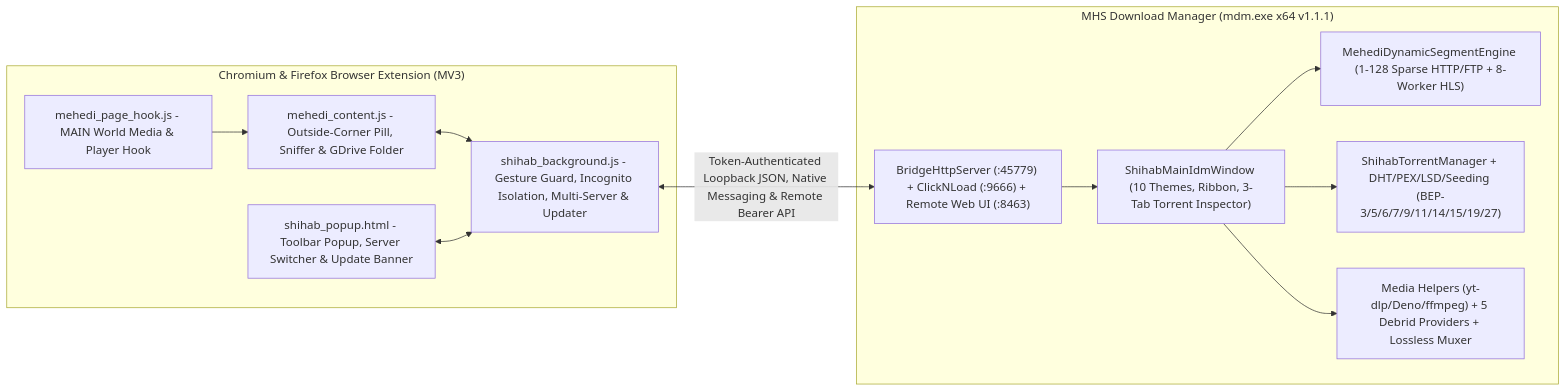
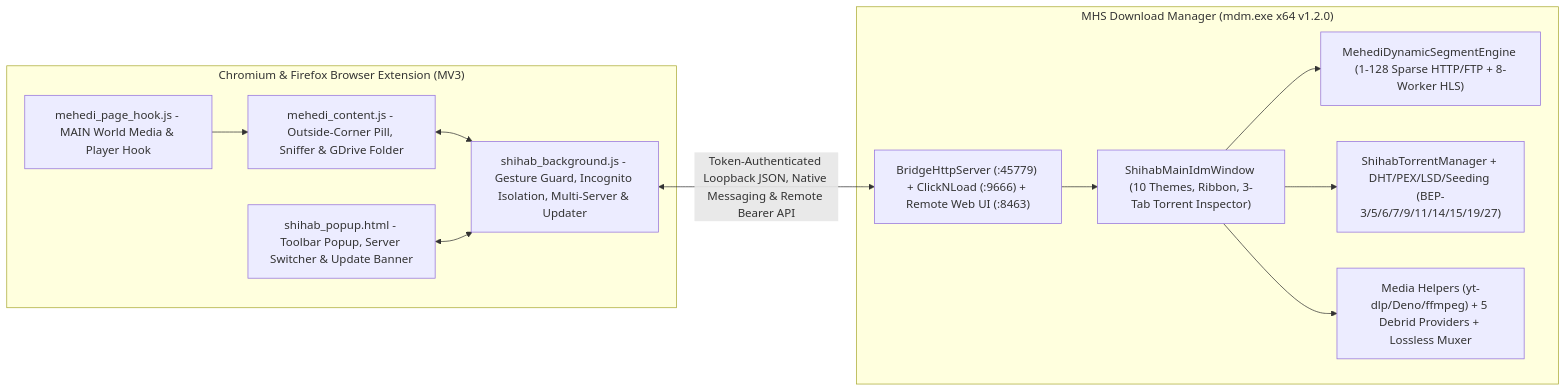
Before and after one commit to sshihabb007/MHS-DOWNLOAD-MANAGER: the diagram in README.md, drawn with Mermaid. The commit also changed other lines of this file and 26 other files, not shown here.

````diff
--- a/README.md
+++ b/README.md
@@ -171,27 +171,27 @@
 ```mermaid
 flowchart LR
     subgraph Browser["Chromium & Firefox Browser Extension (MV3)"]
         PH["mehedi_page_hook.js - MAIN World Media & Player Hook"]
         CS["mehedi_content.js - Outside-Corner Pill, Sniffer & GDrive Folder"]
         SW["shihab_background.js - Gesture Guard, Incognito Isolation, Multi-Server & Updater"]
         PU["shihab_popup.html - Toolbar Popup, Server Switcher & Update Banner"]
         PH --> CS
         CS <--> SW
         PU <--> SW
     end
 
-    subgraph Desktop["MHS Download Manager (mdm.exe x64 v1.1.1)"]
+    subgraph Desktop["MHS Download Manager (mdm.exe x64 v1.2.0)"]
         BR["BridgeHttpServer (:45779) + ClickNLoad (:9666) + Remote Web UI (:8463)"]
         UI["ShihabMainIdmWindow (10 Themes, Ribbon, 3-Tab Torrent Inspector)"]
         DE["MehediDynamicSegmentEngine (1-128 Sparse HTTP/FTP + 8-Worker HLS)"]
         BT["ShihabTorrentManager + DHT/PEX/LSD/Seeding (BEP-3/5/6/7/9/11/14/15/19/27)"]
         MD["Media Helpers (yt-dlp/Deno/ffmpeg) + 5 Debrid Providers + Lossless Muxer"]
 
         BR --> UI
         UI --> DE
         UI --> BT
         UI --> MD
     end
 
     SW <-->|"Token-Authenticated Loopback JSON, Native Messaging & Remote Bearer API"| BR
 ```
````
